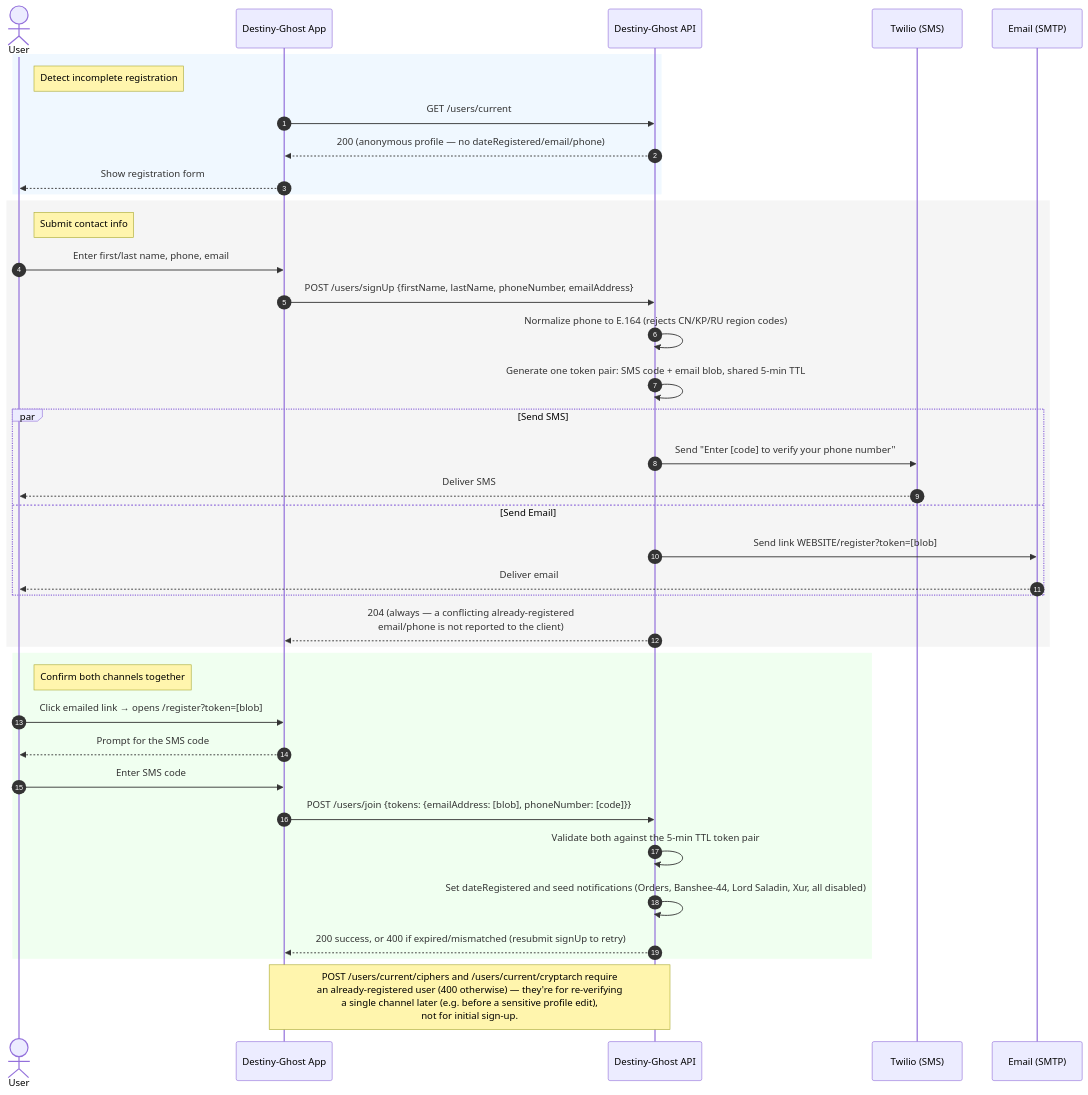
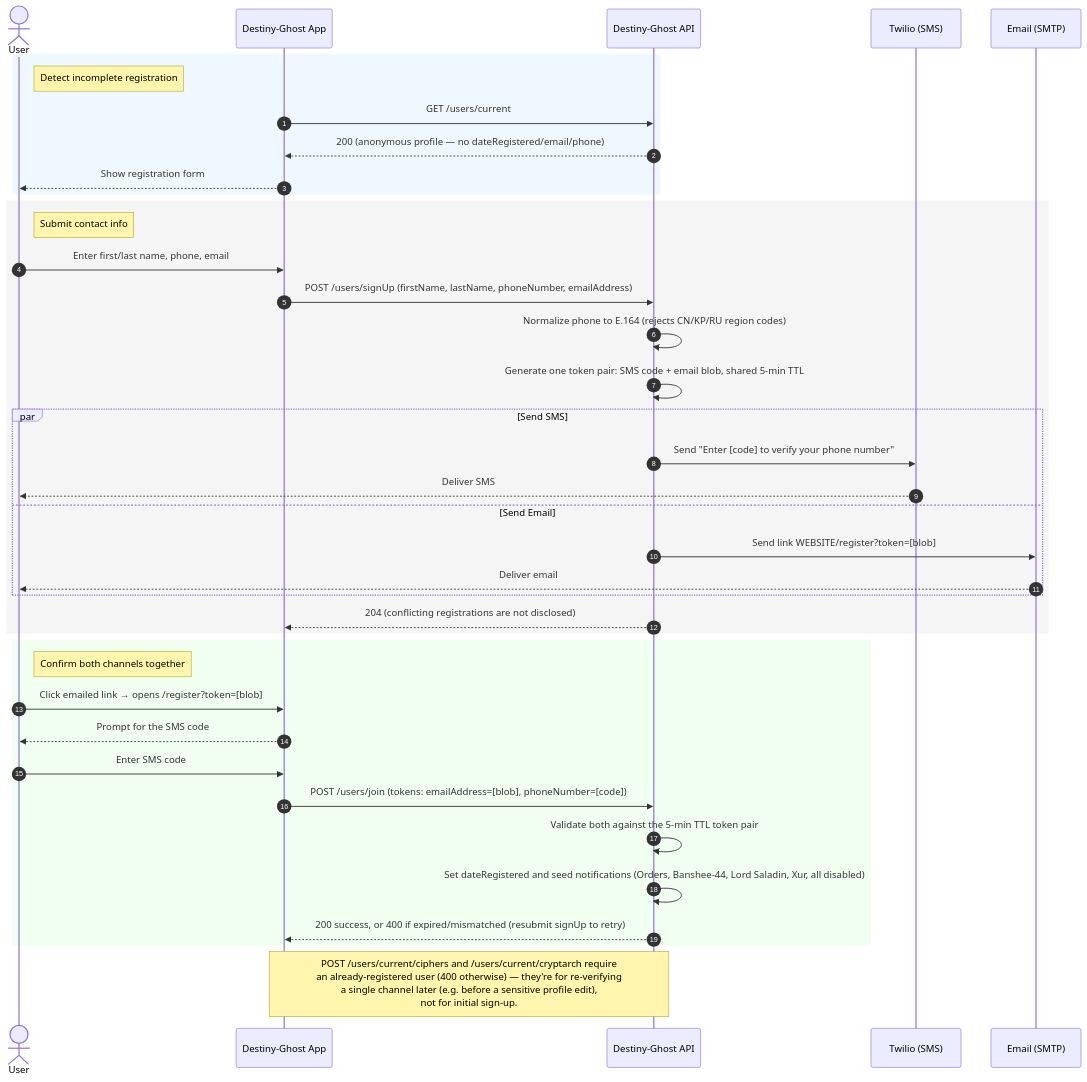
The second of 3 diagrams in DIAGRAM.md (chrispaskvan/destiny-ghost-api), drawn with Mermaid before and after one commit. The commit also changed other lines of this file, not shown here.

Commit message:
fix(docs): fix mermaid diagram syntax errors in DIAGRAM.md (#640)

````diff
--- a/DIAGRAM.md
+++ b/DIAGRAM.md
@@ -47,45 +47,45 @@
 ```mermaid
 sequenceDiagram
     autonumber
     actor User
     participant WebApp as Destiny-Ghost App
     participant API as Destiny-Ghost API
     participant SMS as Twilio (SMS)
     participant Email as Email (SMTP)
 
     rect rgb(240, 248, 255)
         note right of User: Detect incomplete registration
         WebApp->>API: GET /users/current
         API-->>WebApp: 200 (anonymous profile — no dateRegistered/email/phone)
         WebApp-->>User: Show registration form
     end
 
     rect rgb(245, 245, 245)
         note right of User: Submit contact info
         User->>WebApp: Enter first/last name, phone, email
-        WebApp->>API: POST /users/signUp {firstName, lastName, phoneNumber, emailAddress}
+        WebApp->>API: POST /users/signUp (firstName, lastName, phoneNumber, emailAddress)
         API->>API: Normalize phone to E.164 (rejects CN/KP/RU region codes)
         API->>API: Generate one token pair: SMS code + email blob, shared 5-min TTL
         par Send SMS
             API->>SMS: Send "Enter [code] to verify your phone number"
             SMS-->>User: Deliver SMS
         and Send Email
             API->>Email: Send link WEBSITE/register?token=[blob]
             Email-->>User: Deliver email
         end
-        API-->>WebApp: 204 (always — a conflicting already-registered<br/>email/phone is not reported to the client)
+        API-->>WebApp: 204 (conflicting registrations are not disclosed)
     end
 
     rect rgb(240, 255, 240)
         note right of User: Confirm both channels together
         User->>WebApp: Click emailed link → opens /register?token=[blob]
         WebApp-->>User: Prompt for the SMS code
         User->>WebApp: Enter SMS code
-        WebApp->>API: POST /users/join {tokens: {emailAddress: [blob], phoneNumber: [code]}}
+        WebApp->>API: POST /users/join (tokens: emailAddress=[blob], phoneNumber=[code])
         API->>API: Validate both against the 5-min TTL token pair
         API->>API: Set dateRegistered and seed notifications (Orders, Banshee-44, Lord Saladin, Xur, all disabled)
         API-->>WebApp: 200 success, or 400 if expired/mismatched (resubmit signUp to retry)
     end
 
     note over WebApp,API: POST /users/current/ciphers and /users/current/cryptarch require<br/>an already-registered user (400 otherwise) — they're for re-verifying<br/>a single channel later (e.g. before a sensitive profile edit),<br/>not for initial sign-up.
 ```
````
